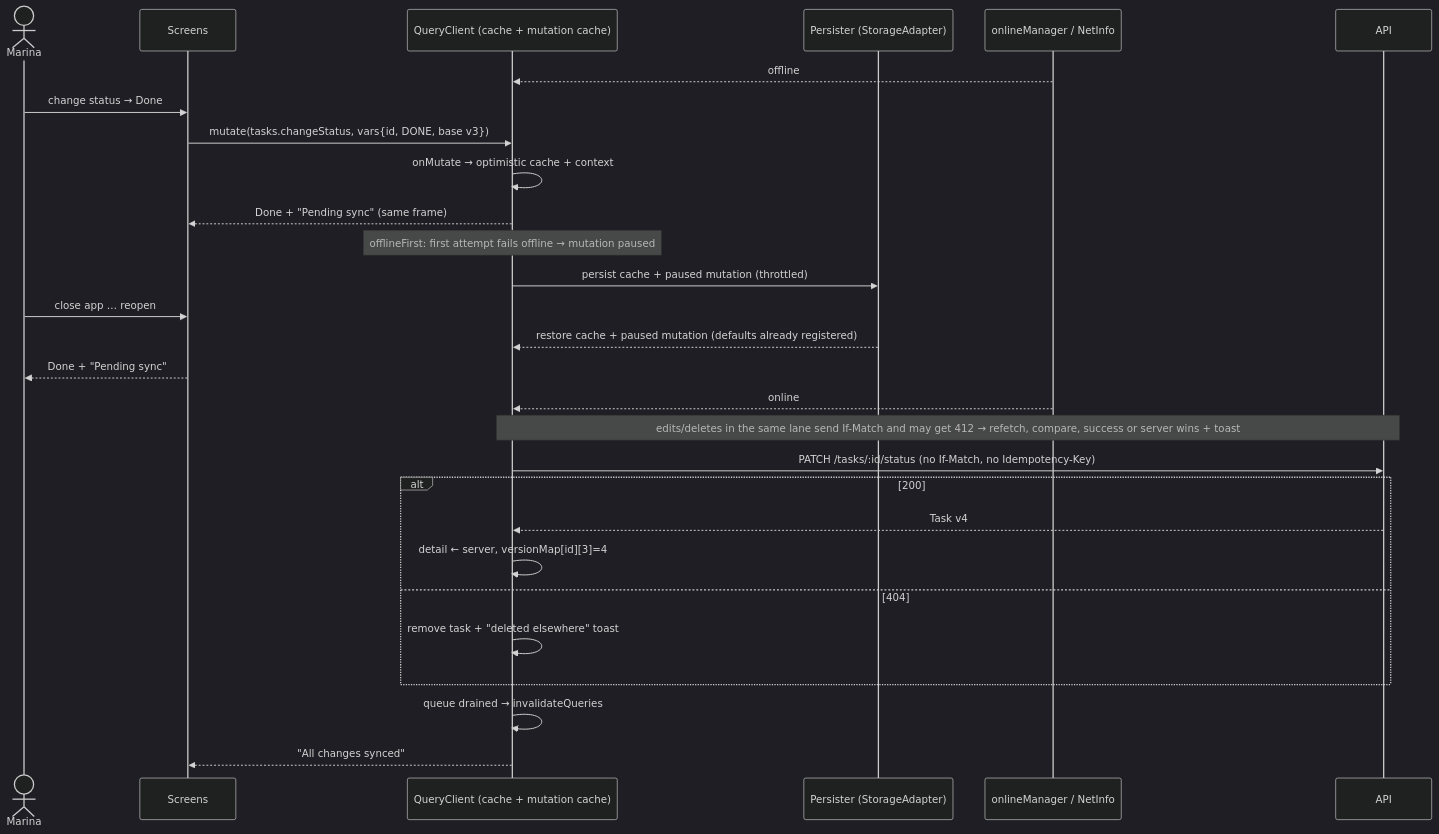
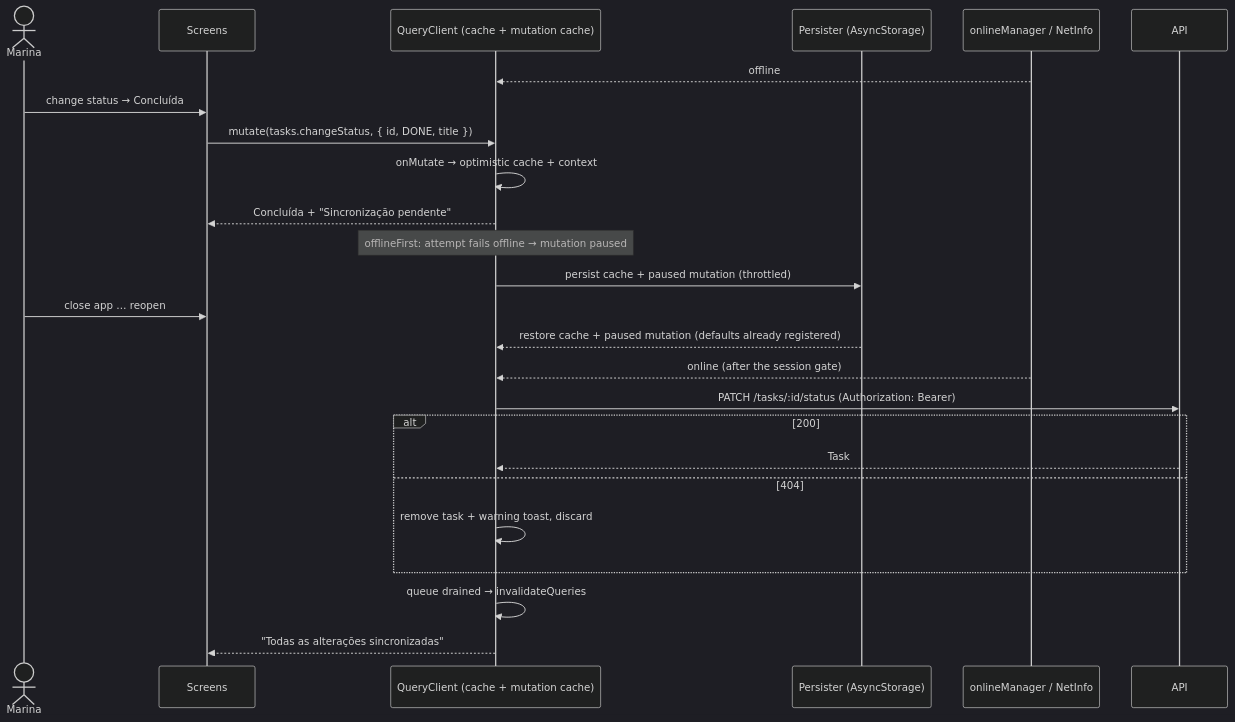
Before and after one commit to rodriguesdenis/hitss: the diagram in docs/specs/005-offline-sync/plan.md, drawn with Mermaid (dark theme). The commit also changed other lines of this file and 4 other files, not shown here.

````diff
--- a/docs/specs/005-offline-sync/plan.md
+++ b/docs/specs/005-offline-sync/plan.md
@@ -130,30 +107,27 @@
 ```mermaid
 sequenceDiagram
   actor M as Marina
   participant UI as Screens
   participant QC as QueryClient (cache + mutation cache)
-  participant P as Persister (StorageAdapter)
+  participant P as Persister (AsyncStorage)
   participant N as onlineManager / NetInfo
   participant API as API
   N-->>QC: offline
-  M->>UI: change status → Done
-  UI->>QC: mutate(tasks.changeStatus, vars{id, DONE, base v3})
+  M->>UI: change status → Concluída
+  UI->>QC: mutate(tasks.changeStatus, { id, DONE, title })
   QC->>QC: onMutate → optimistic cache + context
-  QC-->>UI: Done + "Pending sync" (same frame)
-  Note over QC: offlineFirst: first attempt fails offline → mutation paused
+  QC-->>UI: Concluída + "Sincronização pendente"
+  Note over QC: offlineFirst: attempt fails offline → mutation paused
   QC->>P: persist cache + paused mutation (throttled)
   M->>UI: close app … reopen
   P-->>QC: restore cache + paused mutation (defaults already registered)
-  UI-->>M: Done + "Pending sync"
-  N-->>QC: online
-  Note over QC,API: edits/deletes in the same lane send If-Match and may get 412 → refetch, compare, success or server wins + toast
-  QC->>API: PATCH /tasks/:id/status (no If-Match, no Idempotency-Key)
+  N-->>QC: online (after the session gate)
+  QC->>API: PATCH /tasks/:id/status (Authorization: Bearer)
   alt 200
-    API-->>QC: Task v4
-    QC->>QC: detail ← server, versionMap[id][3]=4
+    API-->>QC: Task
   else 404
-    QC->>QC: remove task + "deleted elsewhere" toast
+    QC->>QC: remove task + warning toast, discard
   end
   QC->>QC: queue drained → invalidateQueries
-  QC-->>UI: "All changes synced"
+  QC-->>UI: "Todas as alterações sincronizadas"
 ```
````
